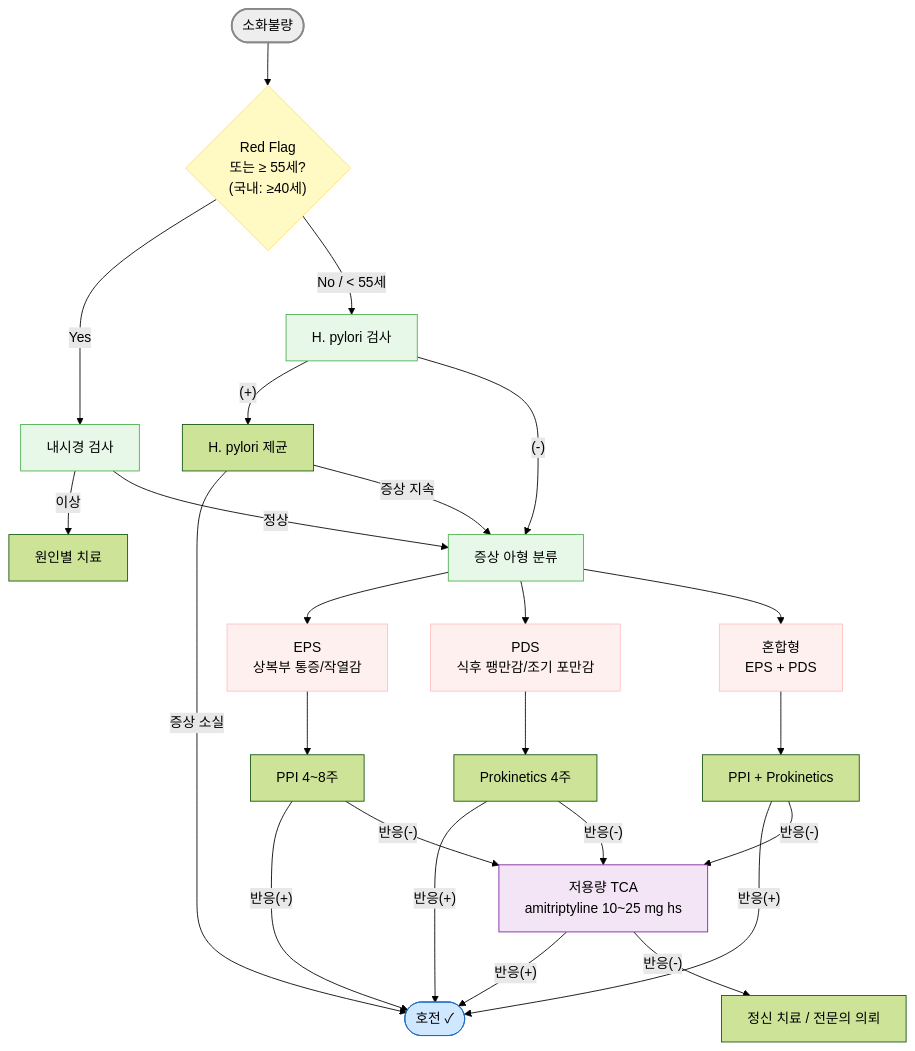
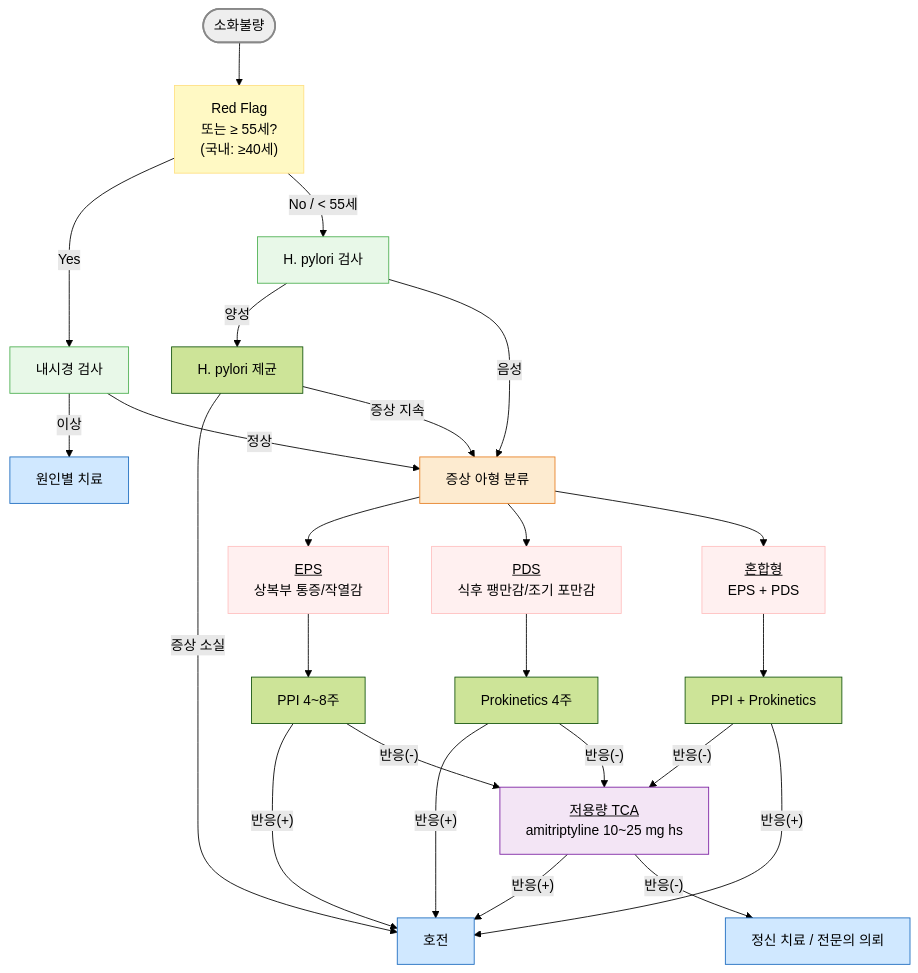
The second of 2 diagrams in 224_/075_-indigestion-dyspepsia.md (familyoh77/familyoh77), drawn with Mermaid (forest theme) before and after one commit. The commit also changed other lines of this file and 1 other file, not shown here.

````diff
--- a/224_/075_-indigestion-dyspepsia.md
+++ b/224_/075_-indigestion-dyspepsia.md
@@ -264,42 +250,44 @@
 ```mermaid
 graph TD
-    Start([소화불량]) --> RF{"Red Flag\n또는 ≥ 55세?\n(국내: ≥40세)"}
+    Start([소화불량]) --> RF["Red Flag<br/>또는 ≥ 55세?<br/>(국내: ≥40세)"]
     RF -- "Yes" --> Endo["내시경 검사"]
     RF -- "No / < 55세" --> HpTest["H. pylori 검사"]
 
     Endo -- "이상" --> CauseTx["원인별 치료"]
     Endo -- "정상" --> Pheno
 
-    HpTest -- "(+)" --> HpErad["H. pylori 제균"]
-    HpTest -- "(-)" --> Pheno["증상 아형 분류"]
-    HpErad -- "증상 소실" --> Done(["호전 ✓"])
+    HpTest -- "양성" --> HpErad["H. pylori 제균"]
+    HpTest -- "음성" --> Pheno["증상 아형 분류"]
+    HpErad -- "증상 소실" --> Done["호전"]
     HpErad -- "증상 지속" --> Pheno
 
-    Pheno --> EPS["EPS\n상복부 통증/작열감"]
-    Pheno --> PDS["PDS\n식후 팽만감/조기 포만감"]
-    Pheno --> Mix["혼합형\nEPS + PDS"]
+    Pheno --> EPS["<u>EPS</u><br/>상복부 통증/작열감"]
+    Pheno --> PDS["<u>PDS</u><br/>식후 팽만감/조기 포만감"]
+    Pheno --> Mix["<u>혼합형</u><br/>EPS + PDS"]
 
     EPS --> PPI["PPI 4~8주"]
     PDS --> Prokin["Prokinetics 4주"]
     Mix --> Both["PPI + Prokinetics"]
 
     PPI -- "반응(+)" --> Done
     Prokin -- "반응(+)" --> Done
-    Both -- "반응(+)" --> Done
 
-    PPI -- "반응(-)" --> TCA["저용량 TCA\namitriptyline 10~25 mg hs"]
+
+    PPI -- "반응(-)" --> TCA["<u>저용량 TCA</u><br/>amitriptyline 10~25 mg hs"]
     Prokin -- "반응(-)" --> TCA
     Both -- "반응(-)" --> TCA
-
+    Both -- "반응(+)" --> Done
     TCA -- "반응(+)" --> Done
     TCA -- "반응(-)" --> Psych["정신 치료 / 전문의 의뢰"]
 
     style Start fill:#eeeeee,stroke:#888888,stroke-width:2px
     style RF fill:#fff9c4,stroke:#ffe082
     classDef green fill:#e8f8e8,stroke:#4caf50
-    class HpTest,Endo,Pheno green
+    class HpTest,Endo green
+    style Pheno fill:#fdebd0,stroke:#e67e22
     classDef pink fill:#FFF0F0,stroke:#FFC0C0
     class EPS,PDS,Mix pink
-    style Done fill:#d0e8ff,stroke:#1a6abf
+    classDef blue fill:#d0e8ff,stroke:#1a6abf
+    class Done,CauseTx,Psych blue
     style TCA fill:#f3e5f5,stroke:#7b1fa2
 ```
````
